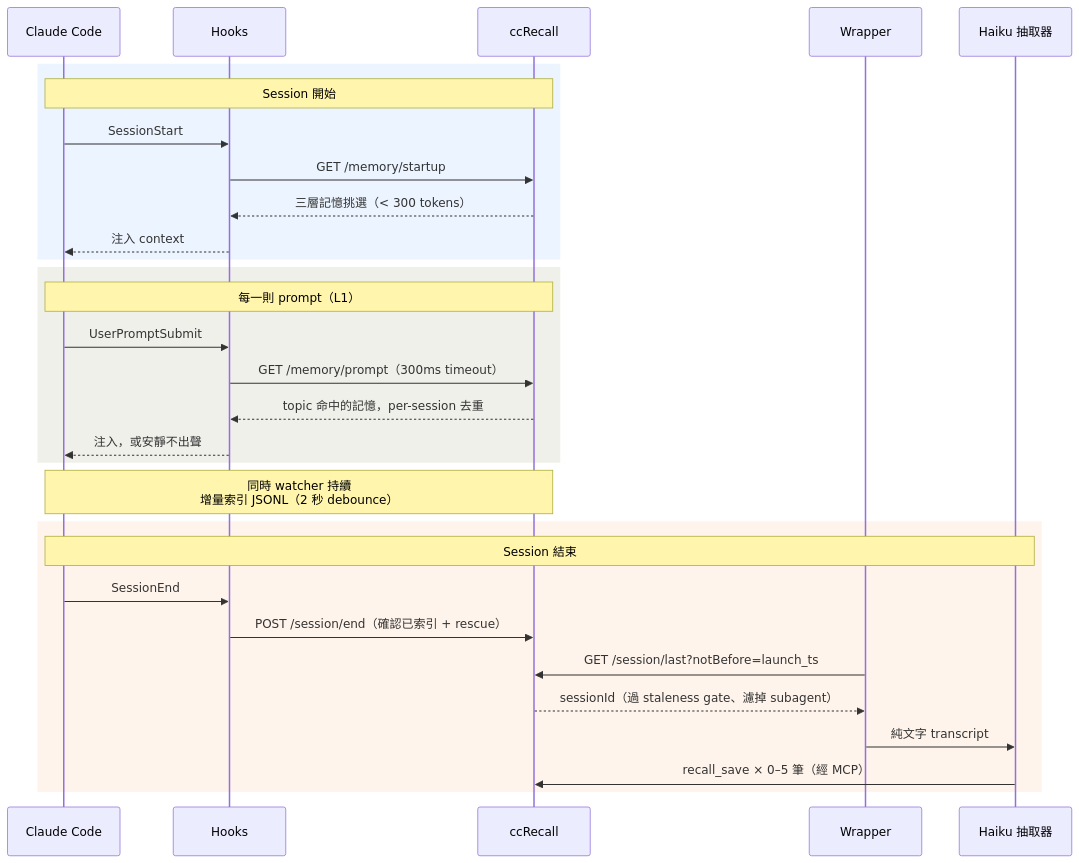
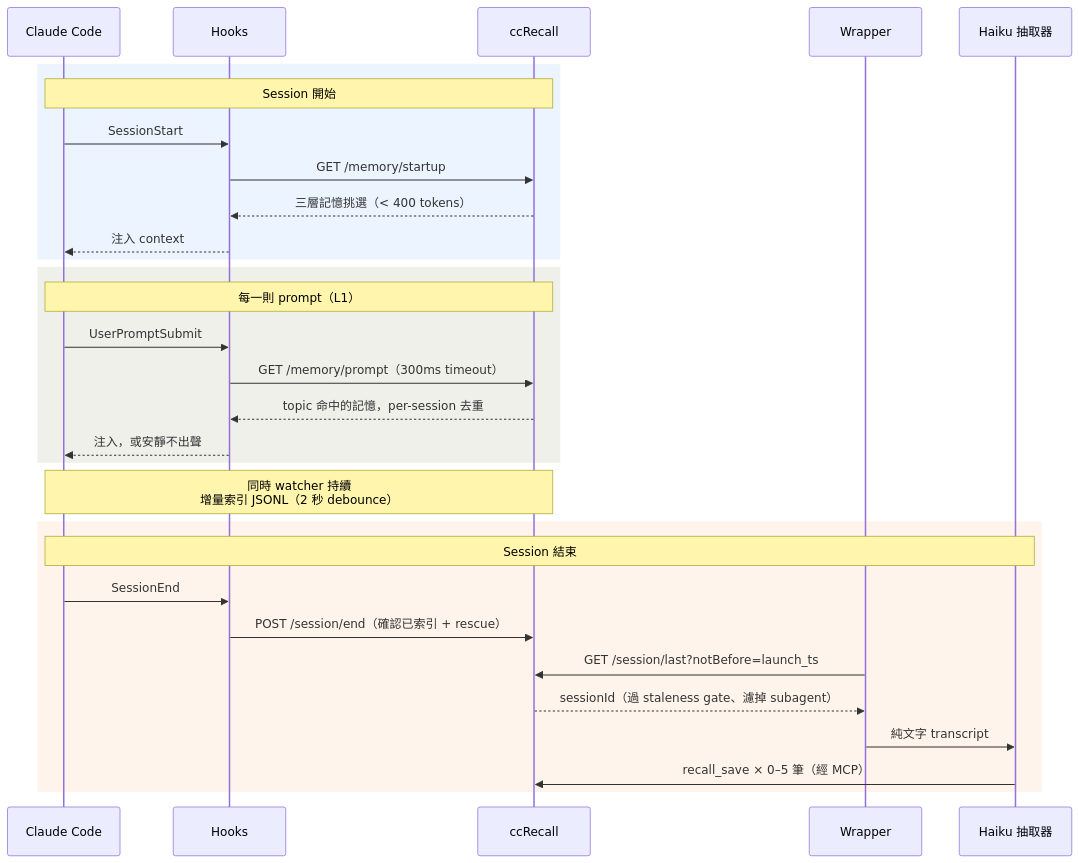
One commit to tznthou/ccRecall changed the second of 2 diagrams in README_ZH.md. Above: the diagram before and after it, drawn with Mermaid. The commit also changed other lines of this file and 4 other files, not shown here.

````diff
--- a/README_ZH.md
+++ b/README_ZH.md
@@ -114,36 +114,36 @@
 ```mermaid
 sequenceDiagram
     participant CC as Claude Code
     participant H as Hooks
     participant R as ccRecall
     participant W as Wrapper
     participant X as Haiku 抽取器
 
     rect rgb(235, 244, 255)
     Note over CC,R: Session 開始
     CC->>H: SessionStart
     H->>R: GET /memory/startup
-    R-->>H: 三層記憶挑選（< 300 tokens）
+    R-->>H: 三層記憶挑選（< 400 tokens）
     H-->>CC: 注入 context
     end
 
     rect rgb(240, 240, 235)
     Note over CC,R: 每一則 prompt（L1）
     CC->>H: UserPromptSubmit
     H->>R: GET /memory/prompt（300ms timeout）
     R-->>H: topic 命中的記憶，per-session 去重
     H-->>CC: 注入，或安靜不出聲
     end
 
     Note over CC,R: 同時 watcher 持續<br/>增量索引 JSONL（2 秒 debounce）
 
     rect rgb(255, 244, 235)
     Note over CC,X: Session 結束
     CC->>H: SessionEnd
     H->>R: POST /session/end（確認已索引 + rescue）
     W->>R: GET /session/last?notBefore=launch_ts
     R-->>W: sessionId（過 staleness gate、濾掉 subagent）
     W->>X: 純文字 transcript
     X->>R: recall_save × 0–5 筆（經 MCP）
     end
 ```
````
